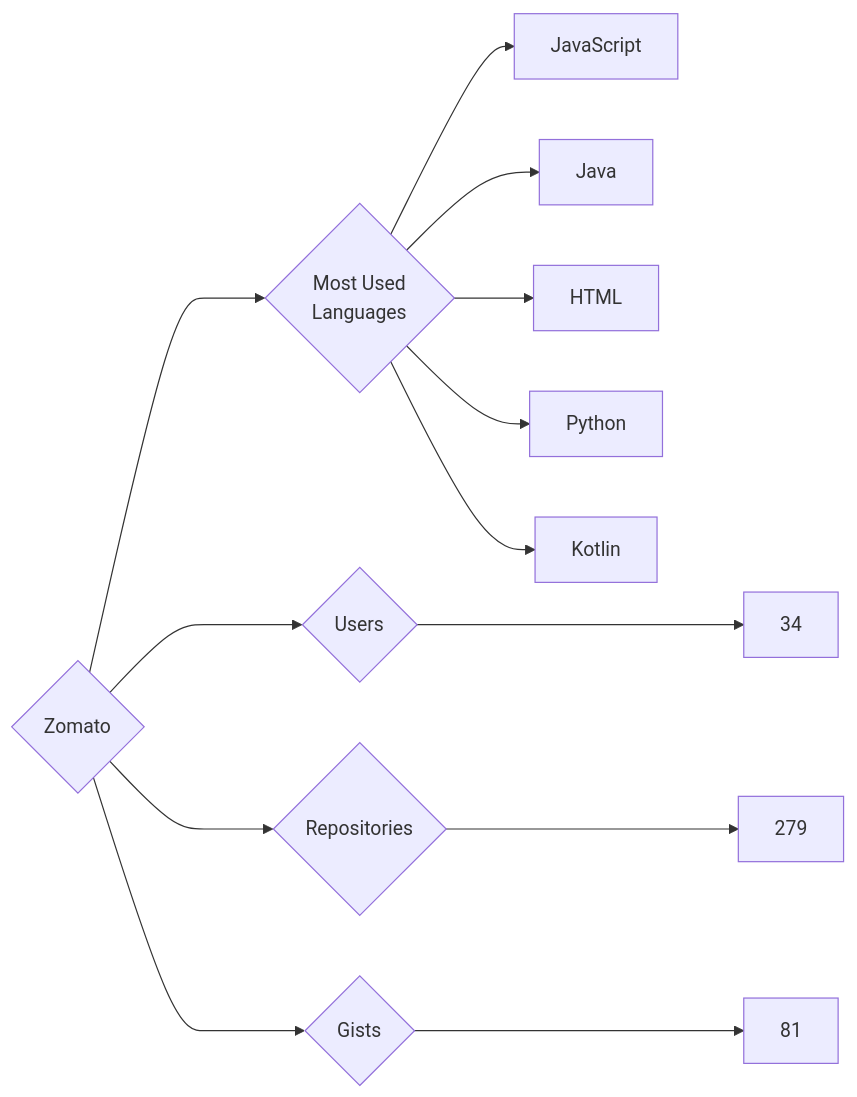
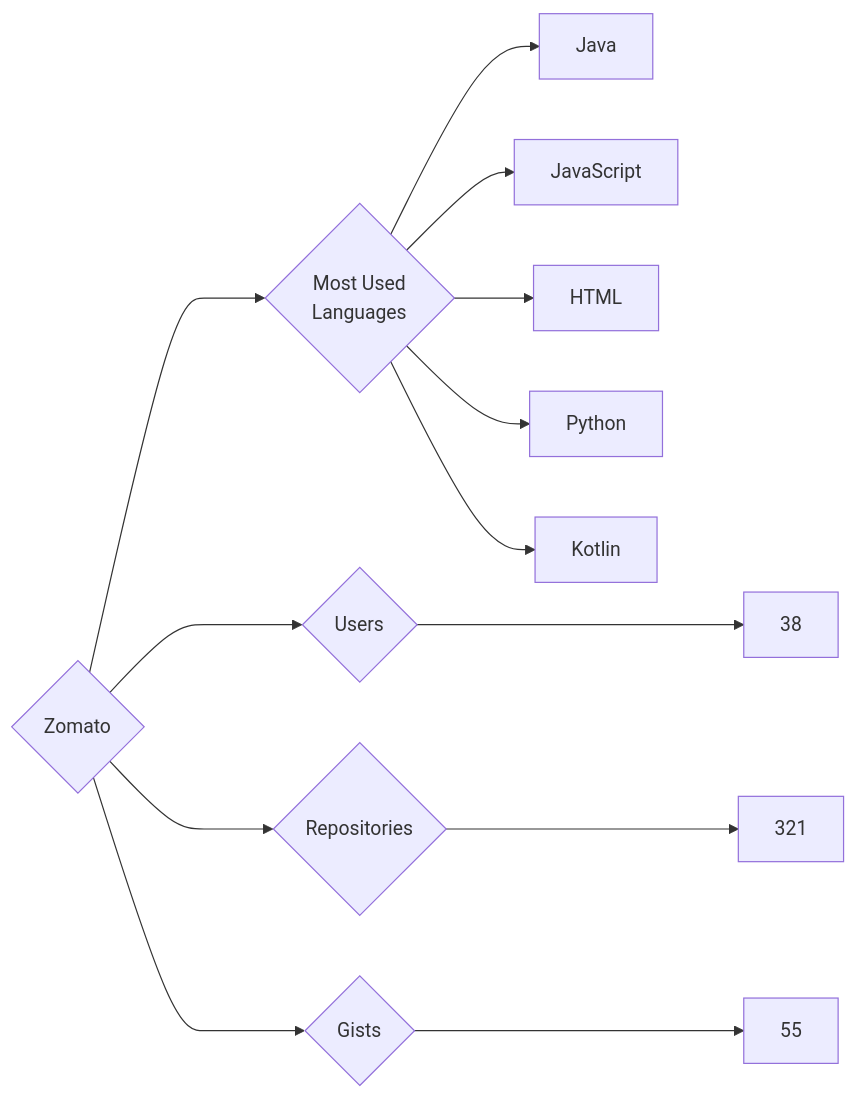
The diagram in targets/Zomato/README.md (trickest/insiders), drawn with Mermaid before and after one commit. The commit also changed 878 other files, not shown here.

````diff
--- a/targets/Zomato/README.md
+++ b/targets/Zomato/README.md
@@ -3,13 +3,13 @@
 ```mermaid
 graph LR
 COMPANY_NAME{Zomato}
-COMPANY_NAME ---> U{Users} ---> UN[34]
-COMPANY_NAME ---> R{Repositories} ---> RN[279]
-COMPANY_NAME ---> G{Gists} ---> GN[81]
+COMPANY_NAME ---> U{Users} ---> UN[38]
+COMPANY_NAME ---> R{Repositories} ---> RN[321]
+COMPANY_NAME ---> G{Gists} ---> GN[55]
 COMPANY_NAME ---> ML{Most Used<br>Languages}
+ML --> Java[Java]
 ML --> JavaScript[JavaScript]
-ML --> Java[Java]
 ML --> HTML[HTML]
 ML --> Python[Python]
 ML --> Kotlin[Kotlin]
 ```
````
